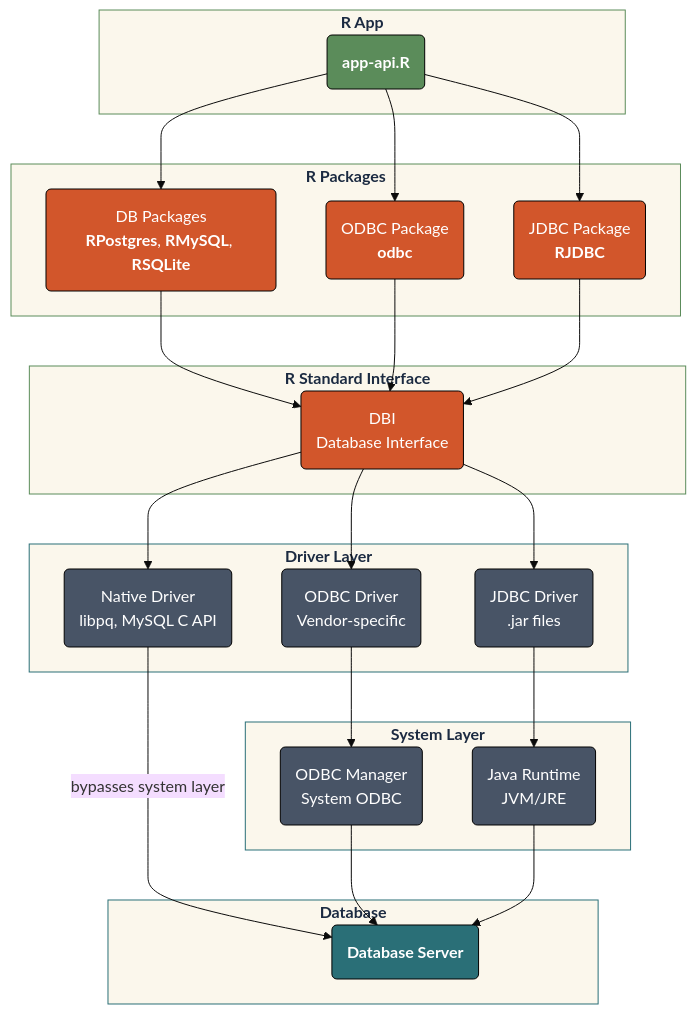
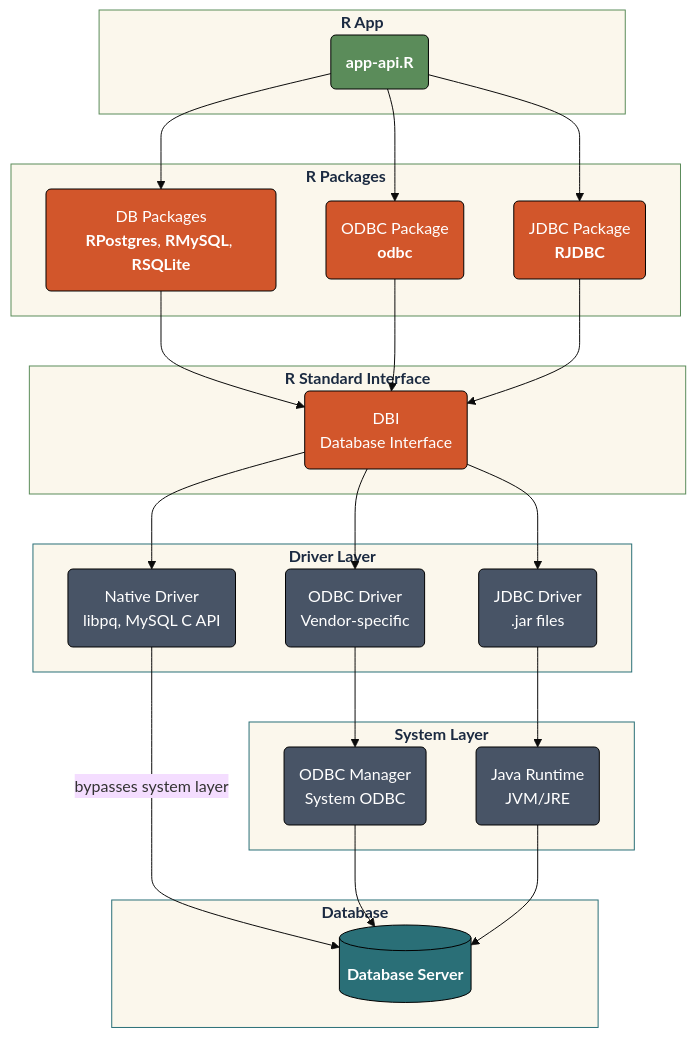
Before and after one commit to mjfrigaard/do4ds-labs: the second of 6 diagrams in lab03.qmd, drawn with Mermaid. The commit also changed other lines of this file and 28 other files, not shown here.

Commit message:
updates to mermaids

```diff
--- a/lab03.qmd
+++ b/lab03.qmd
@@ -172,7 +172,7 @@
 
     
     subgraph DB["<strong>Database</strong>"]
-        K("<strong>Database Server</strong>")
+        K[("<strong>Database Server</strong>")]
     end
 
     
```
